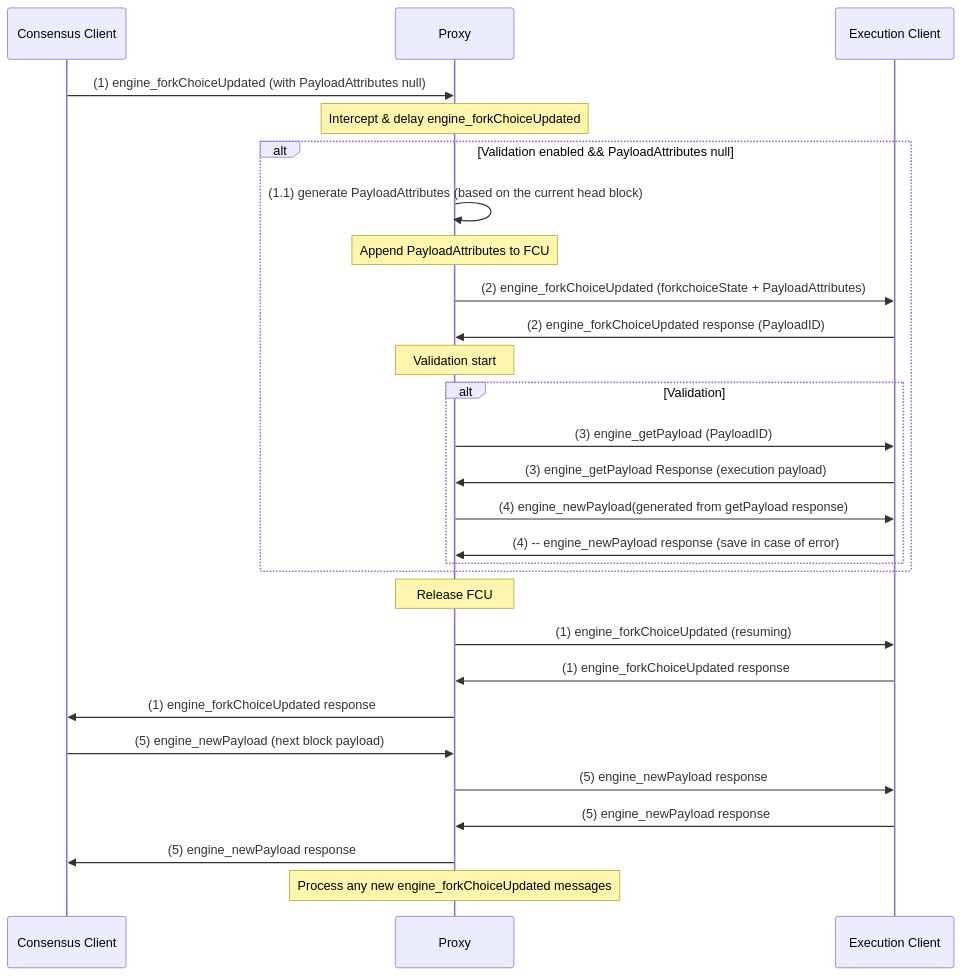
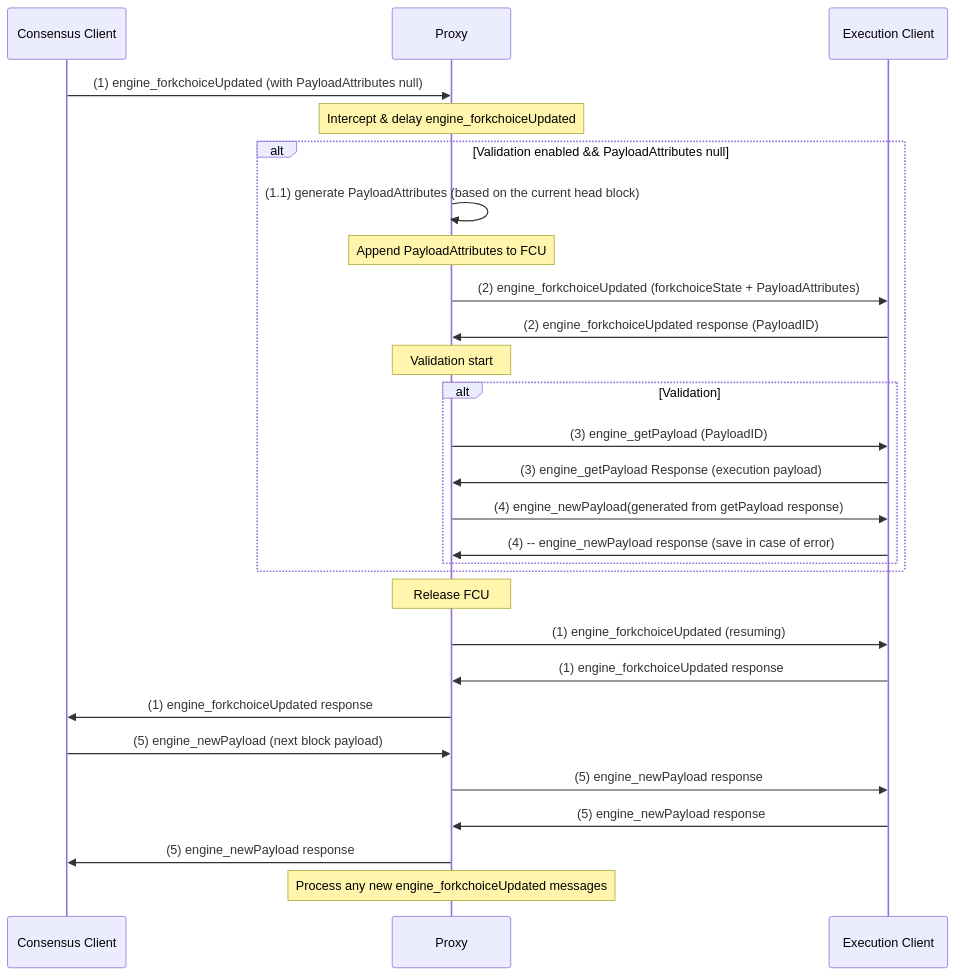
Before and after one commit to NethermindEth/nethermind: the second of 2 diagrams in tools/EngineApiProxy/README.md, drawn with Mermaid. The commit also changed other lines of this file and 2 other files, not shown here.

````diff
--- a/tools/EngineApiProxy/README.md
+++ b/tools/EngineApiProxy/README.md
@@ -243,48 +260,48 @@
 ```mermaid
 sequenceDiagram
     participant CL as Consensus Client
     participant P as Proxy
     participant EC as Execution Client
 
-    %% Step 1: CL sends engine_forkChoiceUpdated
-    CL->>P: (1) engine_forkChoiceUpdated (with PayloadAttributes null)
-    Note over P: Intercept & delay engine_forkChoiceUpdated
+    %% Step 1: CL sends engine_forkchoiceUpdated
+    CL->>P: (1) engine_forkchoiceUpdated (with PayloadAttributes null)
+    Note over P: Intercept & delay engine_forkchoiceUpdated
     
     %% Step 1.1: based on request (1) PR generates PayloadAttributes
     alt Validation enabled && PayloadAttributes null
     
     P->>P: (1.1) generate PayloadAttributes (based on the current head block)
     Note over P: Append PayloadAttributes to FCU
     
     %% Step 2: PR sends generated request (1.1) to EL
-    P->>EC: (2) engine_forkChoiceUpdated (forkchoiceState + PayloadAttributes)
-    EC->>P: (2) engine_forkChoiceUpdated response (PayloadID)
+    P->>EC: (2) engine_forkchoiceUpdated (forkchoiceState + PayloadAttributes)
+    EC->>P: (2) engine_forkchoiceUpdated response (PayloadID)
        
     %% Step 3: getting PayloadID from EL (2), sending engine_getPayload with it
     Note over P: Validation start
     alt Validation
     P->>EC: (3) engine_getPayload (PayloadID)
     EC->>P: (3) engine_getPayload Response (execution payload)
     
     %% Step 4: Sending engine_newPayload with generated (3) payload
     P->>EC: (4) engine_newPayload(generated from getPayload response)
     EC->>P: (4) -- engine_newPayload response (save in case of error)
     end
 
     end
     %% Step 5: Release blocked original FCU request (1)
     Note over P: Release FCU
-    P->>EC: (1) engine_forkChoiceUpdated (resuming)
-    EC->>P: (1) engine_forkChoiceUpdated response
-    P->>CL: (1) engine_forkChoiceUpdated response 
+    P->>EC: (1) engine_forkchoiceUpdated (resuming)
+    EC->>P: (1) engine_forkchoiceUpdated response
+    P->>CL: (1) engine_forkchoiceUpdated response 
     
     %% Step 6: Proceed a valid engine_newPayload (if any)
     CL->>P: (5) engine_newPayload (next block payload)
     P->>EC: (5) engine_newPayload response
     EC->>P: (5) engine_newPayload response
     P->>CL: (5) engine_newPayload response 
    
-    Note over P: Process any new engine_forkChoiceUpdated messages
+    Note over P: Process any new engine_forkchoiceUpdated messages
 
 
 ```
````
